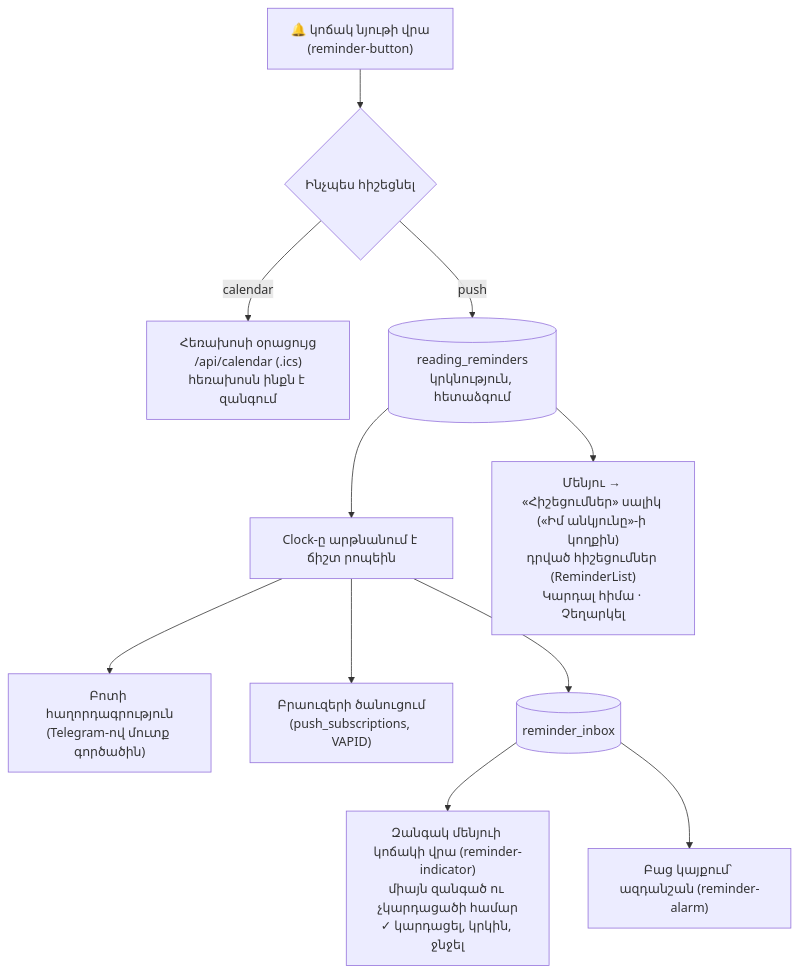
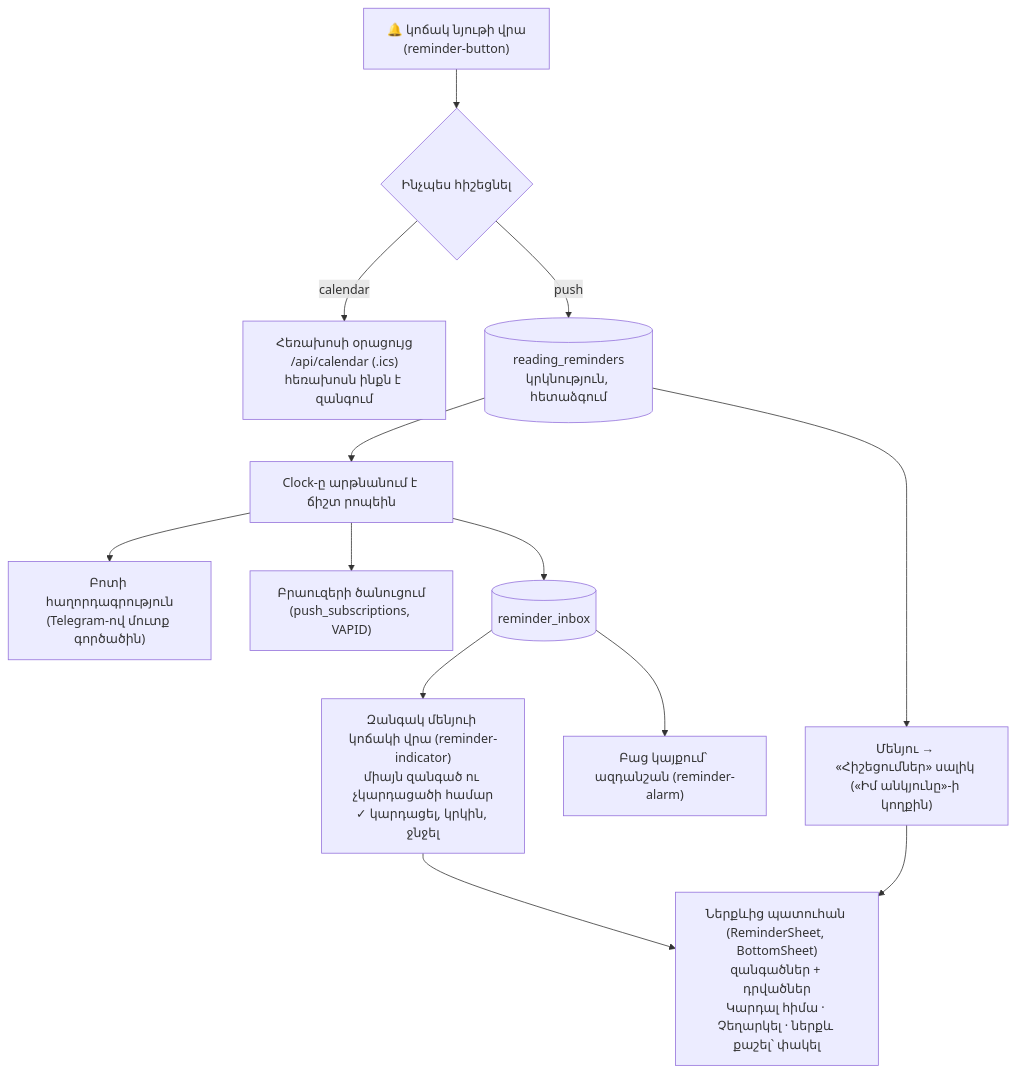
The tenth of 26 diagrams in docs/ARCHITECTURE.md (T0n0yan/armenian-apostolic-digital-library), drawn with Mermaid before and after one commit. The commit also changed 7 other files, not shown here.

````diff
--- a/docs/ARCHITECTURE.md
+++ b/docs/ARCHITECTURE.md
@@ -442,13 +442,15 @@
 ```mermaid
 flowchart TD
   B["🔔 կոճակ նյութի վրա<br/>(reminder-button)"] --> CH{"Ինչպես հիշեցնել"}
   CH -->|"calendar"| ICS["Հեռախոսի օրացույց<br/>/api/calendar (.ics)<br/>հեռախոսն ինքն է զանգում"]
   CH -->|"push"| SRV[("reading_reminders<br/>կրկնություն, հետաձգում")]
   SRV --> CLK["Clock-ը արթնանում է ճիշտ րոպեին"]
   CLK --> TGM["Բոտի հաղորդագրություն<br/>(Telegram-ով մուտք գործածին)"]
   CLK --> WP["Բրաուզերի ծանուցում<br/>(push_subscriptions, VAPID)"]
   CLK --> INB[("reminder_inbox")]
   INB --> IND["Զանգակ մենյուի կոճակի վրա (reminder-indicator)<br/>միայն զանգած ու չկարդացածի համար<br/>✓ կարդացել, կրկին, ջնջել"]
-  SRV --> MNU["Մենյու → «Հիշեցումներ» սալիկ («Իմ անկյունը»-ի կողքին)<br/>դրված հիշեցումներ (ReminderList)<br/>Կարդալ հիմա · Չեղարկել"]
+  SRV --> MNU["Մենյու → «Հիշեցումներ» սալիկ («Իմ անկյունը»-ի կողքին)"]
+  MNU --> SHT["Ներքևից պատուհան (ReminderSheet, BottomSheet)<br/>զանգածներ + դրվածներ<br/>Կարդալ հիմա · Չեղարկել · ներքև քաշել՝ փակել"]
+  IND --> SHT
   INB --> ALM["Բաց կայքում՝ ազդանշան (reminder-alarm)"]
 ```
````
